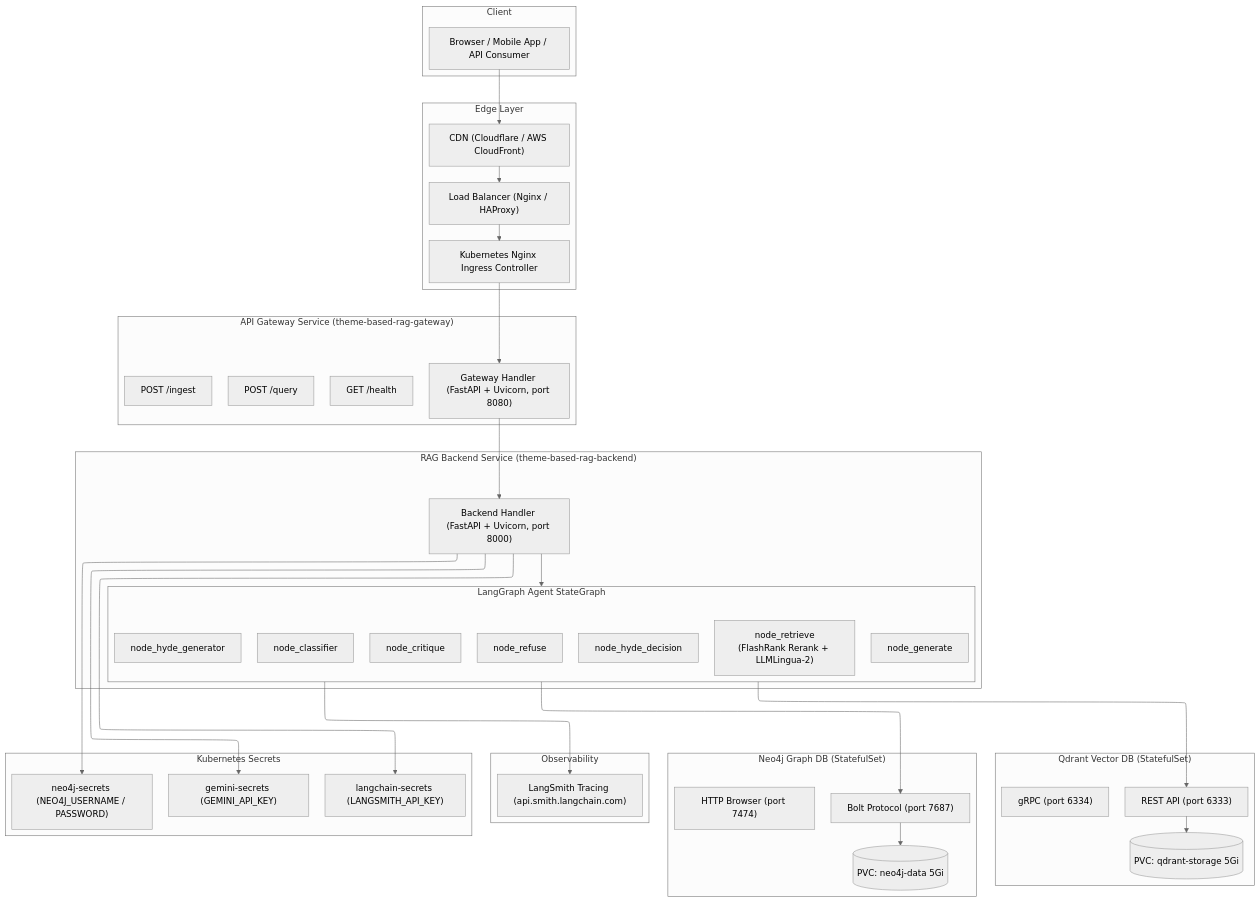
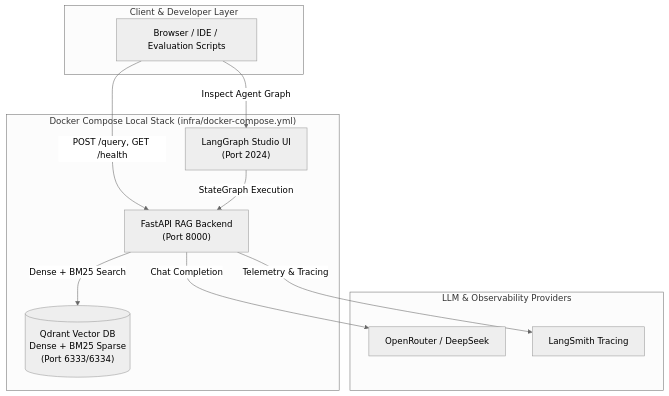
The third of 3 diagrams in README.md (boycececil666gmailcom/Enterprise-RAG-Engine), drawn with Mermaid before and after one commit. The commit also changed other lines of this file and 33 other files, not shown here.

Commit message:
feat: add Docker Compose infrastructure, RAG evaluation pipeline documentation, and backend configuration logic

````diff
--- a/README.md
+++ b/README.md
@@ -107,78 +98,28 @@
 ```mermaid
 ---
 config:
-  layout: elk
   theme: neutral
 ---
 flowchart TB
-
-    subgraph Client["Client"]
-        User["Browser / Mobile App / API Consumer"]
+    subgraph ClientLayer["Client & Developer Layer"]
+        Browser["Browser / IDE / Evaluation Scripts"]
     end
 
-    subgraph Edge["Edge Layer"]
-        CDN["CDN (Cloudflare / AWS CloudFront)"]
-        LB["Load Balancer (Nginx / HAProxy)"]
-        Ingress["Kubernetes Nginx Ingress Controller"]
+    subgraph ContainerStack["Docker Compose Local Stack (infra/docker-compose.yml)"]
+        Studio["LangGraph Studio UI<br/>(Port 2024)"]
+        BE["FastAPI RAG Backend<br/>(Port 8000)"]
+        Qdrant[("Qdrant Vector DB<br/>Dense + BM25 Sparse<br/>(Port 6333/6334)")]
     end
 
-    subgraph GatewaySvc["API Gateway Service (theme-based-rag-gateway)"]
-        GW["Gateway Handler (FastAPI + Uvicorn, port 8080)"]
-        GWQuery["POST /query"]
-        GWIngest["POST /ingest"]
-        GWHealth["GET /health"]
+    subgraph ExternalLLM["LLM & Observability Providers"]
+        OpenRouter["OpenRouter / DeepSeek"]
+        LangSmith["LangSmith Tracing"]
     end
 
-    subgraph BackendSvc["RAG Backend Service (theme-based-rag-backend)"]
-        BE["Backend Handler (FastAPI + Uvicorn, port 8000)"]
-        subgraph AgentGraph["LangGraph Agent StateGraph"]
-            Classifier["node_classifier"]
-            HyDEDecision["node_hyde_decision"]
-            HyDEGen["node_hyde_generator"]
-            Retrieve["node_retrieve<br/>(FlashRank Rerank + LLMLingua-2)"]
-            Generate["node_generate"]
-            Critique["node_critique"]
-            Refuse["node_refuse"]
-        end
-    end
-
-    subgraph VectorStore["Qdrant Vector DB (StatefulSet)"]
-        QdrantAPI["REST API (port 6333)"]
-        QdrantGRPC["gRPC (port 6334)"]
-        QdrantPVC[("PVC: qdrant-storage 5Gi")]
-    end
-
-    subgraph GraphStore["Neo4j Graph DB (StatefulSet)"]
-        Neo4jBolt["Bolt Protocol (port 7687)"]
-        Neo4jHTTP["HTTP Browser (port 7474)"]
-        Neo4jPVC[("PVC: neo4j-data 5Gi")]
-    end
-
-    subgraph Observability["Observability"]
-        LangSmith["LangSmith Tracing (api.smith.langchain.com)"]
-    end
-
-    subgraph SecretsLayer["Kubernetes Secrets"]
-        GeminiSec["gemini-secrets (GEMINI_API_KEY)"]
-        LangchainSec["langchain-secrets (LANGSMITH_API_KEY)"]
-        Neo4jSec["neo4j-secrets (NEO4J_USERNAME / PASSWORD)"]
-    end
-
-    User --> CDN
-    CDN --> LB
-    LB --> Ingress
-    Ingress --> GW
-
-    GW --> BE
-    BE --> AgentGraph
-    AgentGraph --> QdrantAPI
-    AgentGraph --> Neo4jBolt
-    AgentGraph --> LangSmith
-
-    QdrantAPI --> QdrantPVC
-    Neo4jBolt --> Neo4jPVC
-
-    BE --> GeminiSec
-    BE --> LangchainSec
-    BE --> Neo4jSec
+    Browser -->|"Inspect Agent Graph"| Studio
+    Browser -->|"POST /query, GET /health"| BE
+    Studio -->|"StateGraph Execution"| BE
+    BE -->|"Dense + BM25 Search"| Qdrant
+    BE -->|"Chat Completion"| OpenRouter
+    BE -->|"Telemetry & Tracing"| LangSmith
 ```
````
